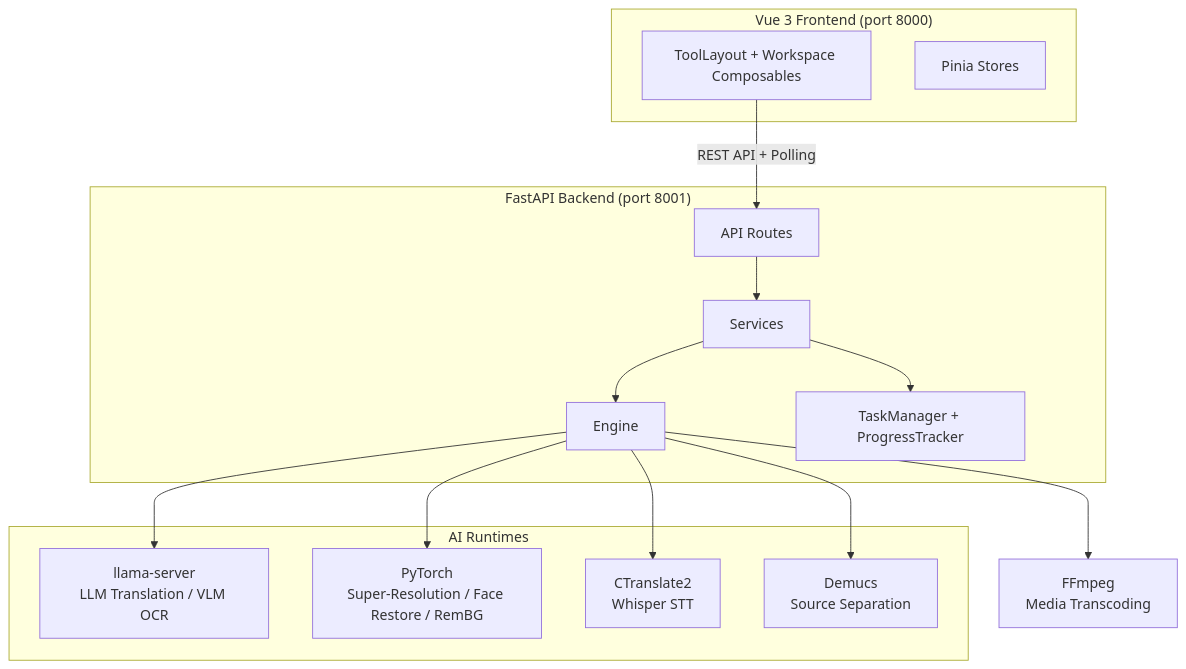
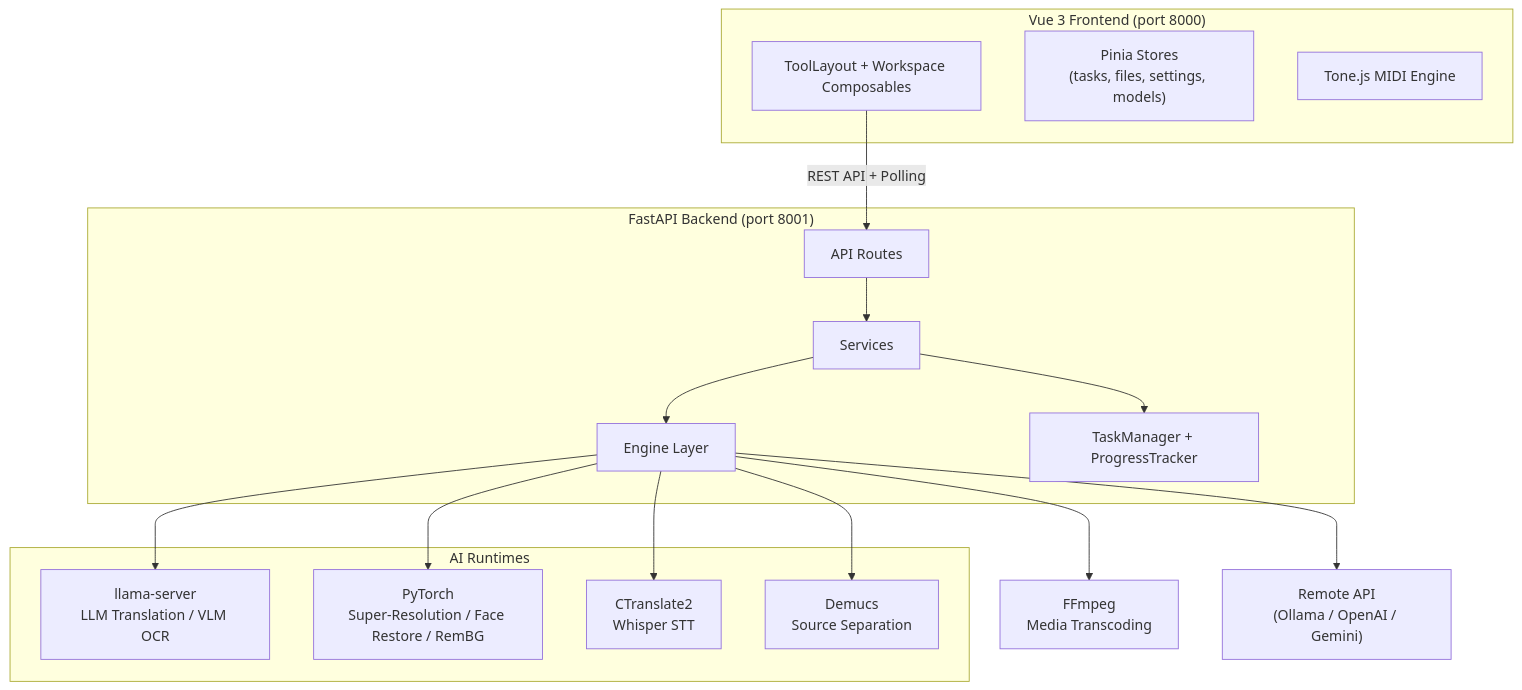
One commit to sw-willie-wu/MediaTranX changed the first of 5 diagrams in docs/ARCHITECTURE.md. Above: the diagram before and after it, drawn with Mermaid. The commit also changed other lines of this file and 13 other files, not shown here.

First line of the commit message:
refactor(backend): rename models->types, inline api/schemas, update docs

````diff
--- a/docs/ARCHITECTURE.md
+++ b/docs/ARCHITECTURE.md
@@ -11,33 +11,36 @@
 ```mermaid
 graph TB
     subgraph Frontend["Vue 3 Frontend (port 8000)"]
-        UI[ToolLayout + Workspace Composables]
-        Stores[Pinia Stores]
+        UI["ToolLayout + Workspace Composables"]
+        Stores["Pinia Stores<br/>(tasks, files, settings, models)"]
+        ToneJS["Tone.js MIDI Engine"]
     end
 
     subgraph Backend["FastAPI Backend (port 8001)"]
-        Routes[API Routes]
-        Services[Services]
-        Engine[Engine]
-        TM[TaskManager + ProgressTracker]
+        Routes["API Routes"]
+        Services["Services"]
+        Engine["Engine Layer"]
+        TM["TaskManager + ProgressTracker"]
     end
 
     subgraph AI["AI Runtimes"]
-        Llama[llama-server<br/>LLM Translation / VLM OCR]
-        PyTorch[PyTorch<br/>Super-Resolution / Face Restore / RemBG]
-        CT2[CTranslate2<br/>Whisper STT]
-        Demucs[Demucs<br/>Source Separation]
+        Llama["llama-server<br/>LLM Translation / VLM OCR"]
+        PyTorch["PyTorch<br/>Super-Resolution / Face Restore / RemBG"]
+        CT2["CTranslate2<br/>Whisper STT"]
+        Demucs["Demucs<br/>Source Separation"]
     end
 
-    FFmpeg[FFmpeg<br/>Media Transcoding]
+    FFmpeg["FFmpeg<br/>Media Transcoding"]
+    Remote["Remote API<br/>(Ollama / OpenAI / Gemini)"]
 
-    UI -->|REST API + Polling| Routes
+    UI -->|"REST API + Polling"| Routes
     Routes --> Services
     Services --> Engine
     Services --> TM
     Engine --> Llama
     Engine --> PyTorch
     Engine --> CT2
     Engine --> Demucs
     Engine --> FFmpeg
+    Engine --> Remote
 ```
````
